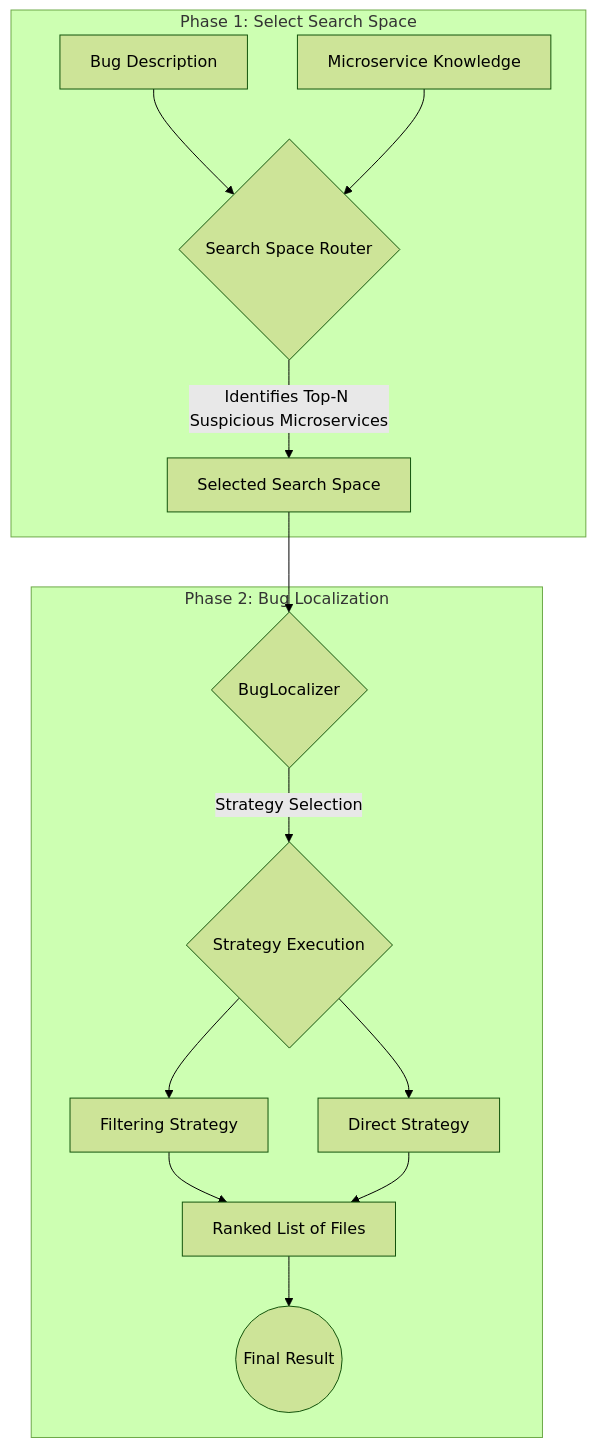
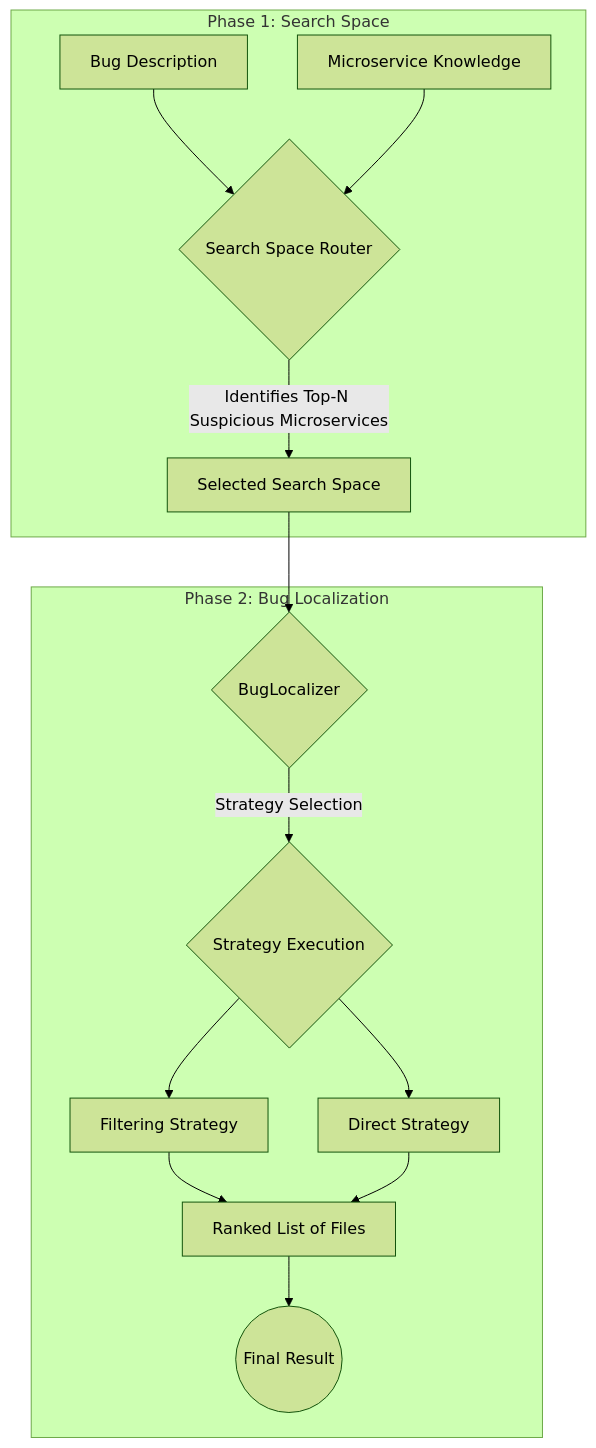
The diagram in README.md (lokumai/defect-solver-guide), drawn with Mermaid (forest theme) before and after one commit.

Commit message:
fix: update diagram label in README for clarity

````diff
--- a/README.md
+++ b/README.md
@@ -51,18 +51,18 @@
 ```mermaid
 graph TD
-    subgraph "Phase 1: Select Search Space"
+    subgraph "Phase 1: Search Space"
         A[Bug Description] --> B{Search Space Router}
         C[Microservice Knowledge] --> B
         B -- Identifies Top-N Suspicious Microservices --> D["Selected Search Space"]
     end
 
     subgraph "Phase 2: Bug Localization"
         D --> E{BugLocalizer}
         E -- Strategy Selection --> G{Strategy Execution}
         G --> H1[Filtering Strategy]
         G --> H2[Direct Strategy]
         H1 --> K[Ranked List of Files]
         H2 --> K
         K --> L((Final Result))
     end
 ```
````
